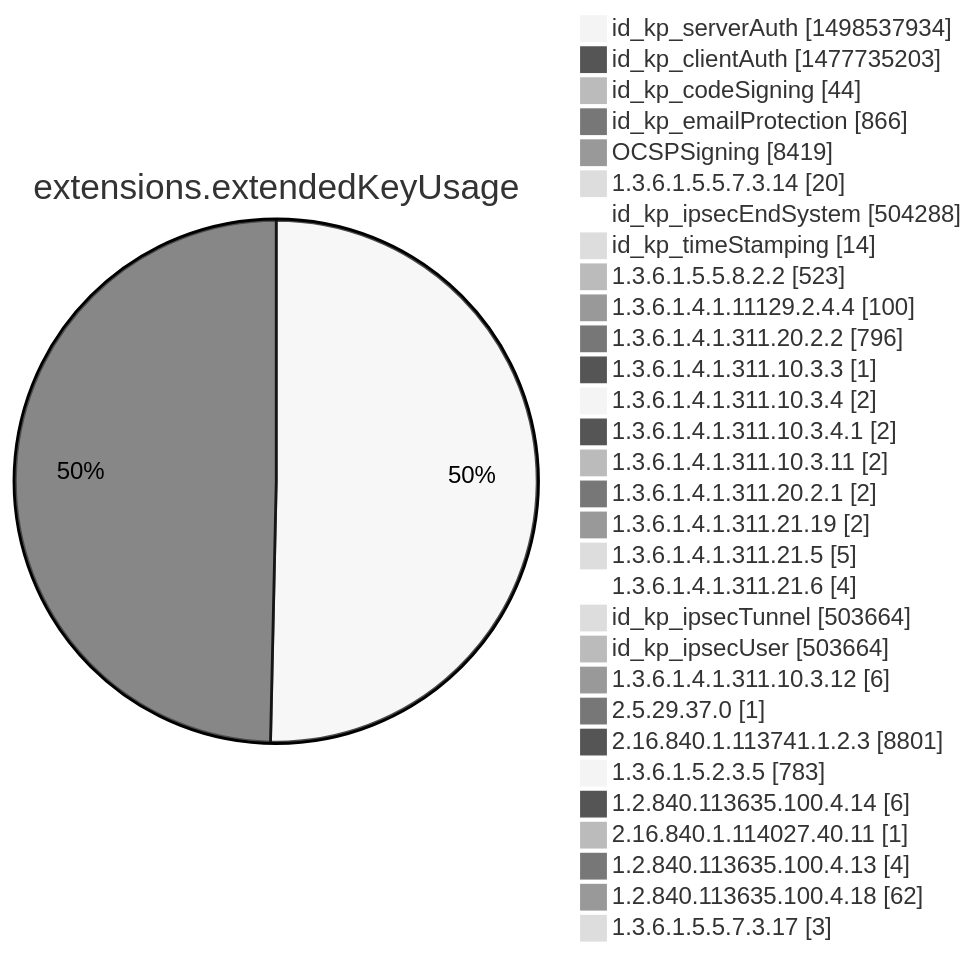
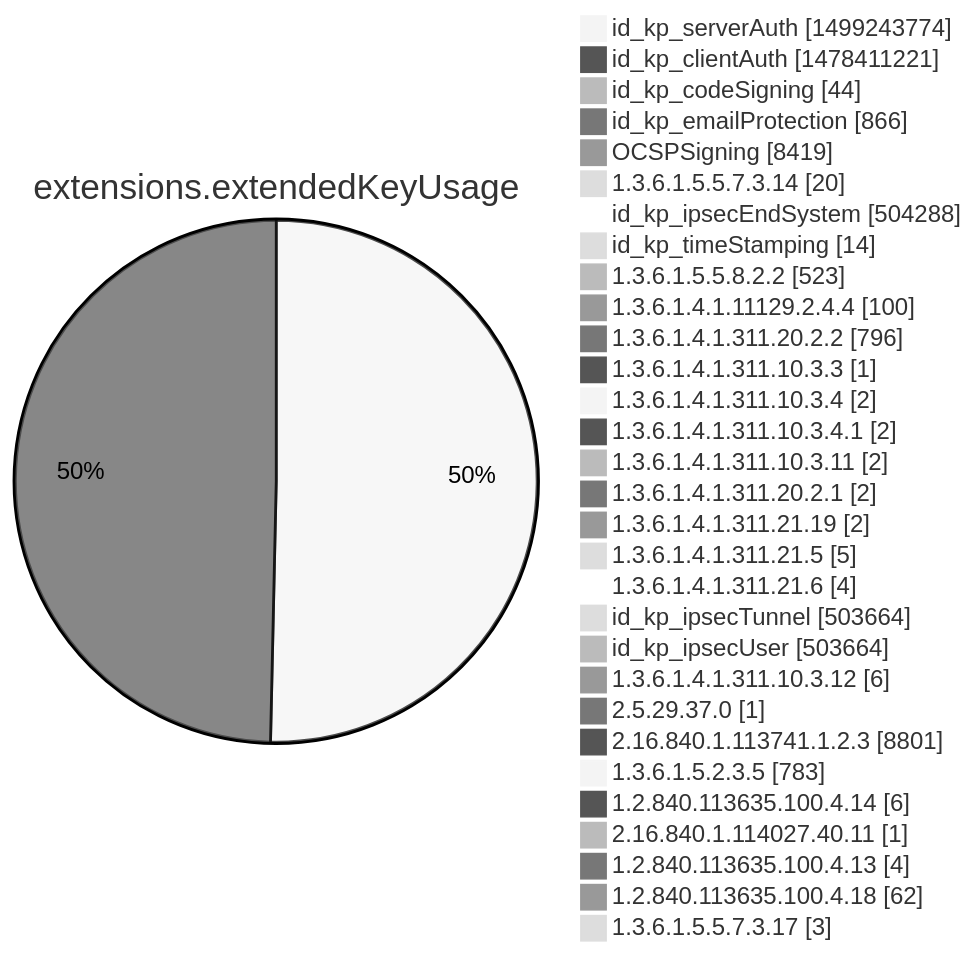
Diagram 12 of 15 in argon2022/README.md (christiankrug/ctmonitor_visualization), drawn with Mermaid (neutral theme) before and after one commit. The commit also changed other lines of this file, not shown here.

````diff
--- a/argon2022/README.md
+++ b/argon2022/README.md
@@ -3555,34 +3555,34 @@
 ```mermaid
 pie showData
 title extensions.extendedKeyUsage
-"id_kp_serverAuth" :1498537934
-"id_kp_clientAuth" :1477735203
+"id_kp_serverAuth" :1499243774
+"id_kp_clientAuth" :1478411221
 "id_kp_codeSigning" :44
 "id_kp_emailProtection" :866
 "OCSPSigning" :8419
 "1.3.6.1.5.5.7.3.14" :20
 "id_kp_ipsecEndSystem" :504288
 "id_kp_timeStamping" :14
 "1.3.6.1.5.5.8.2.2" :523
 "1.3.6.1.4.1.11129.2.4.4" :100
 "1.3.6.1.4.1.311.20.2.2" :796
 "1.3.6.1.4.1.311.10.3.3" :1
 "1.3.6.1.4.1.311.10.3.4" :2
 "1.3.6.1.4.1.311.10.3.4.1" :2
 "1.3.6.1.4.1.311.10.3.11" :2
 "1.3.6.1.4.1.311.20.2.1" :2
 "1.3.6.1.4.1.311.21.19" :2
 "1.3.6.1.4.1.311.21.5" :5
 "1.3.6.1.4.1.311.21.6" :4
 "id_kp_ipsecTunnel" :503664
 "id_kp_ipsecUser" :503664
 "1.3.6.1.4.1.311.10.3.12" :6
 "2.5.29.37.0" :1
 "2.16.840.1.113741.1.2.3" :8801
 "1.3.6.1.5.2.3.5" :783
 "1.2.840.113635.100.4.14" :6
 "2.16.840.1.114027.40.11" :1
 "1.2.840.113635.100.4.13" :4
 "1.2.840.113635.100.4.18" :62
 "1.3.6.1.5.5.7.3.17" :3
 ```
````
